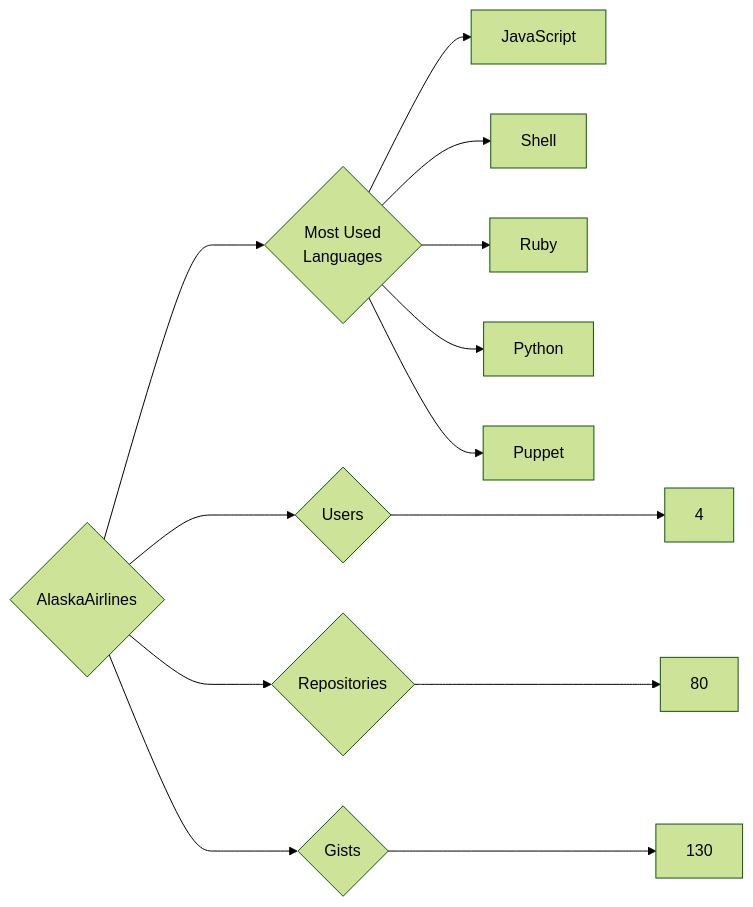
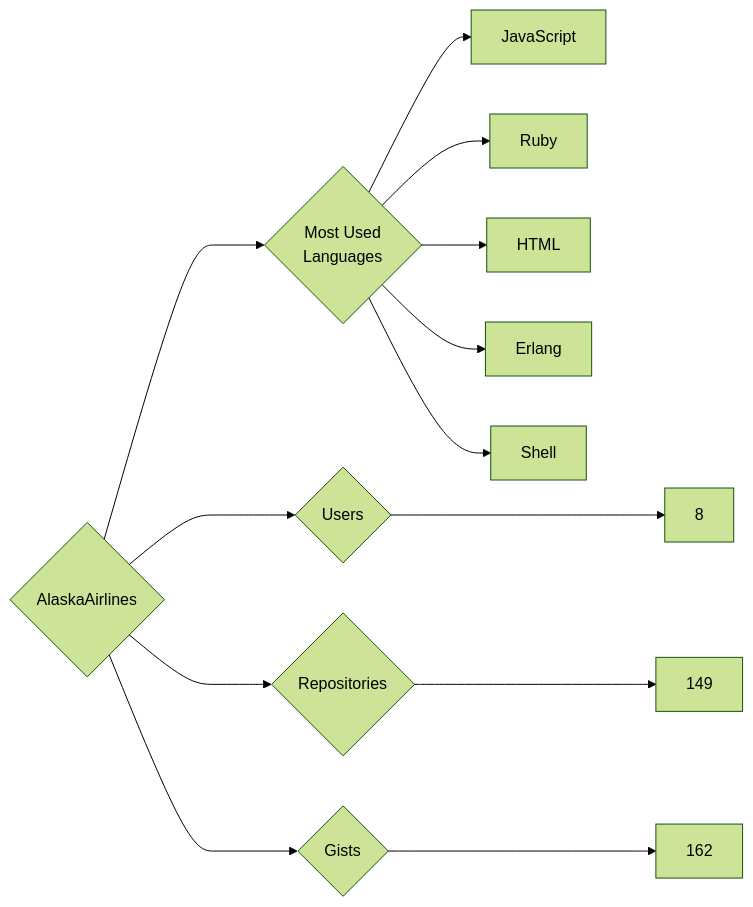
The diagram in targets/AlaskaAirlines/README.md (trickest/insiders), drawn with Mermaid (forest theme) before and after one commit. The commit also changed 988 other files, not shown here.

````diff
--- a/targets/AlaskaAirlines/README.md
+++ b/targets/AlaskaAirlines/README.md
@@ -3,13 +3,13 @@
 ```mermaid
 graph LR
 COMPANY_NAME{AlaskaAirlines}
-COMPANY_NAME ---> U{Users} ---> UN[4]
-COMPANY_NAME ---> R{Repositories} ---> RN[80]
-COMPANY_NAME ---> G{Gists} ---> GN[130]
+COMPANY_NAME ---> U{Users} ---> UN[8]
+COMPANY_NAME ---> R{Repositories} ---> RN[149]
+COMPANY_NAME ---> G{Gists} ---> GN[162]
 COMPANY_NAME ---> ML{Most Used<br>Languages}
 ML --> JavaScript[JavaScript]
+ML --> Ruby[Ruby]
+ML --> HTML[HTML]
+ML --> Erlang[Erlang]
 ML --> Shell[Shell]
-ML --> Ruby[Ruby]
-ML --> Python[Python]
-ML --> Puppet[Puppet]
 ```
````
